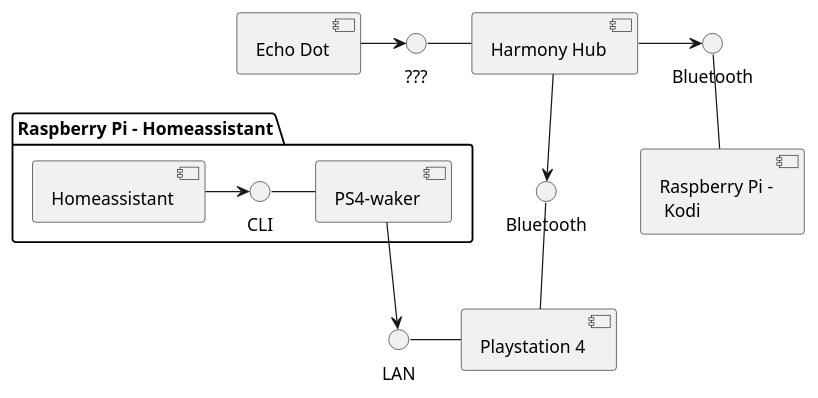
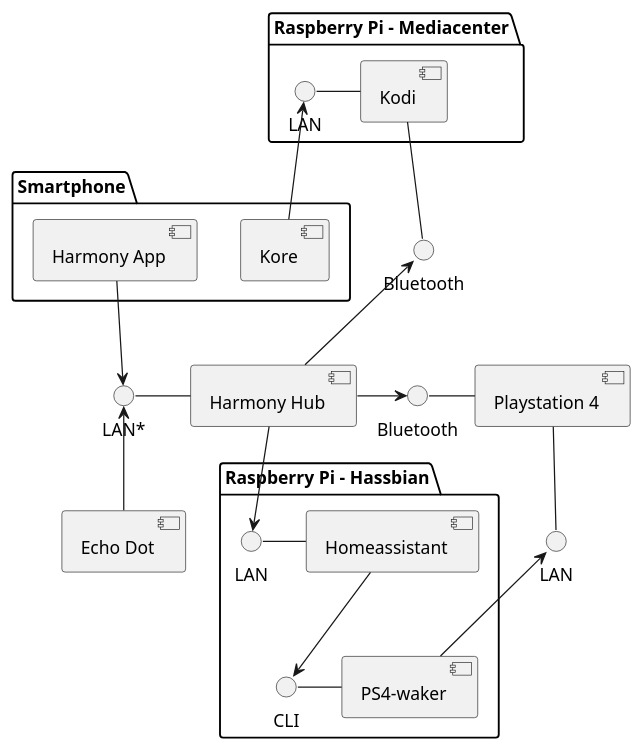
Before and after one commit to deeKay93/komunikationssysteme: the diagram in assets/uml/aufbau.wsd, drawn with PlantUML. The commit also changed 5 other files, not shown here.

```diff
--- a/assets/uml/aufbau.wsd
+++ b/assets/uml/aufbau.wsd
@@ -1,28 +1,41 @@
 @startuml Aufbau
 skinparam componentStyle uml2
 skinparam monochrome true
 
 interface "LAN" as lanPs4
 interface "Bluetooth" as btPs4
-interface "Bluetooth" as btKodi
-interface "???" as harmonyIn
+interface "LAN*" as harmonyIn
 
-[Echo Dot] -> harmonyIn
-
-package "Raspberry Pi - Homeassistant" {
+package "Raspberry Pi - Hassbian" {
   interface "CLI" as cliPs4W
-  [Homeassistant] -> cliPs4W
+  interface "LAN" as lanHass
+  lanHass - [Homeassistant]
+  [Homeassistant] --> cliPs4W
   cliPs4W - [PS4-waker]
 }
 
-lanPs4  - [Playstation 4]
-btPs4 -- [Playstation 4]
-[PS4-waker] --> lanPs4
+[Playstation 4] -- lanPs4
+btPs4 - [Playstation 4]
+lanPs4 <--[PS4-waker]
+
+interface "Bluetooth" as btKodi
+package "Raspberry Pi - Mediacenter" {
+  [Kodi] -- btKodi
+  interface "LAN" as lanKodi
+  lanKodi - [Kodi]
+}
+package "Smartphone" {
+  ' [Kore] -> lanKodi
+  lanKodi <-- [Kore]
+  [Harmony App] --> harmonyIn
+}
+
+
+harmonyIn <-- [Echo Dot]
 
 harmonyIn - [Harmony Hub]
-[Harmony Hub] --> btPs4
-
-[Harmony Hub] -> btKodi
-btKodi -- [Raspberry Pi -\n Kodi]
+[Harmony Hub] -> btPs4
+[Harmony Hub] --> lanHass
+btKodi <-- [Harmony Hub]
 
 @enduml
```
